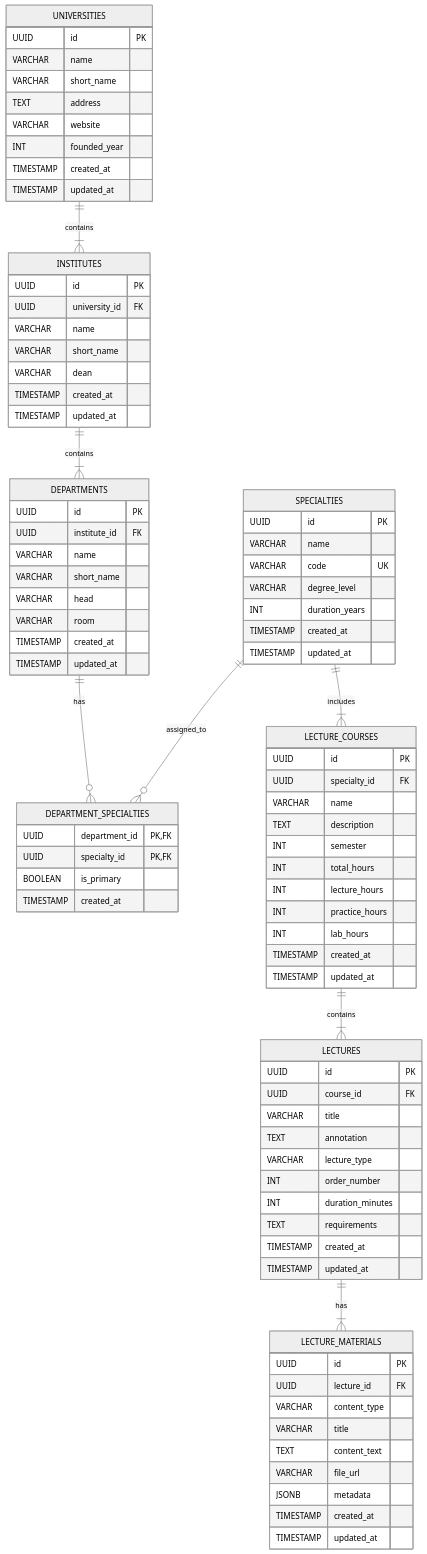
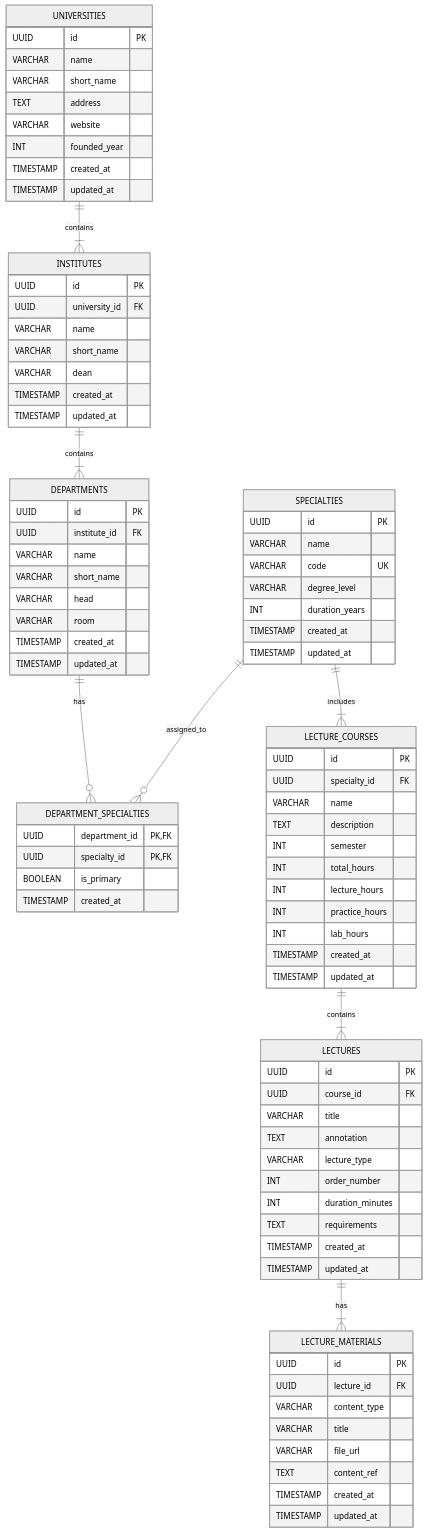
The third of 9 diagrams in SPEC.md (DR0P-database/university-production-system), drawn with Mermaid (neutral theme) before and after one commit. The commit also changed other lines of this file and 36 other files, not shown here.

```diff
--- a/SPEC.md
+++ b/SPEC.md
@@ -343,9 +342,8 @@
         UUID lecture_id FK
         VARCHAR content_type
         VARCHAR title
-        TEXT content_text
         VARCHAR file_url
-        JSONB metadata
+        TEXT content_ref
         TIMESTAMP created_at
         TIMESTAMP updated_at
     }
```
